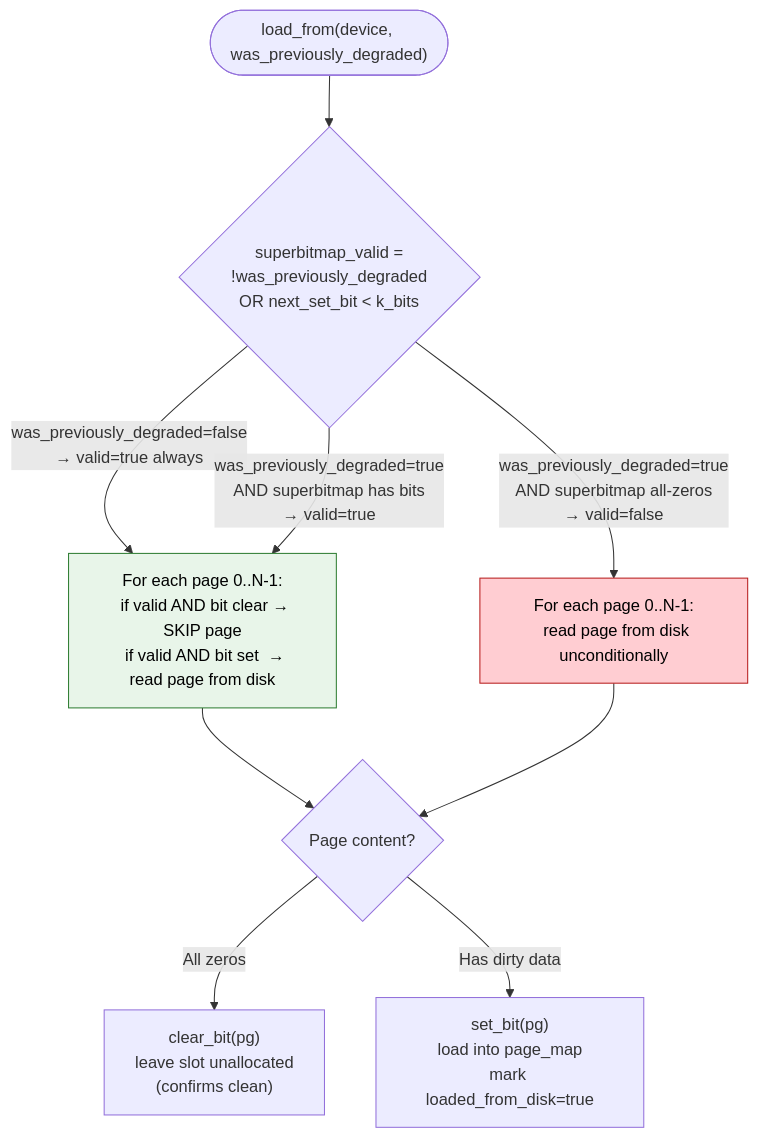
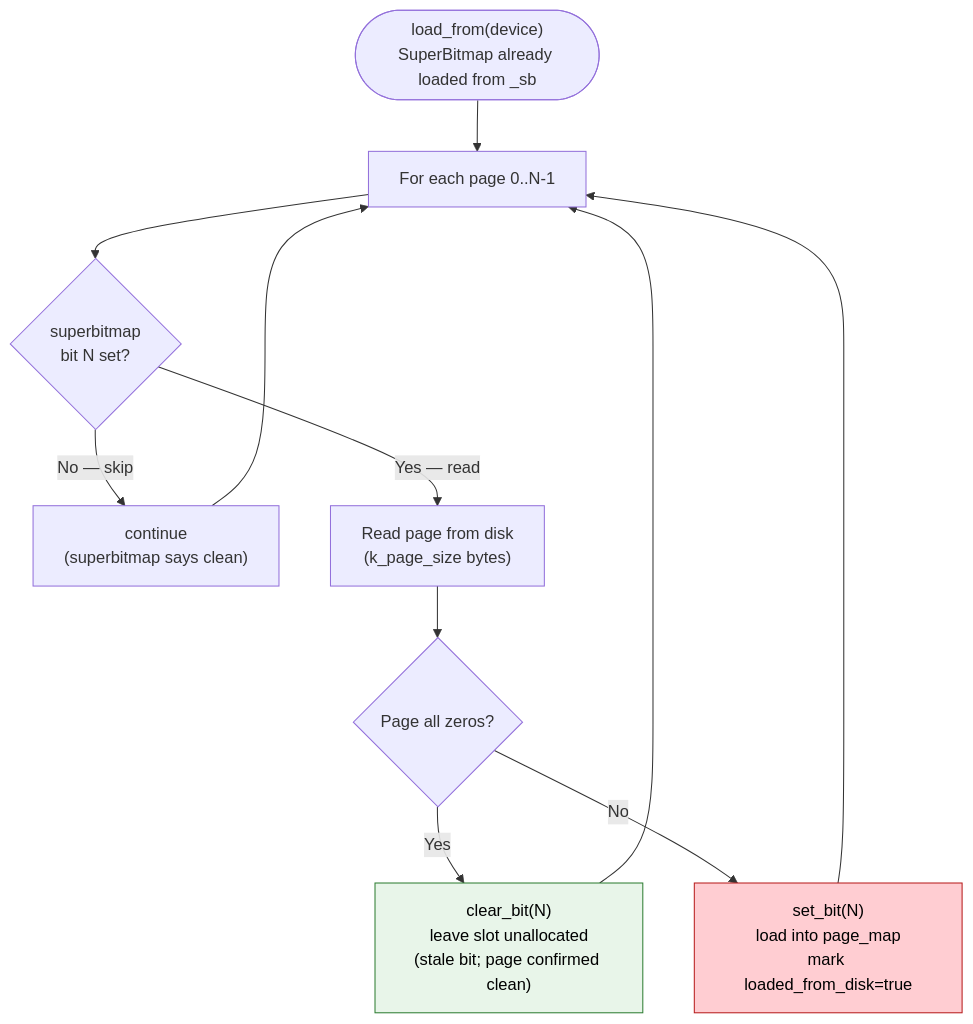
Before and after one commit to szmyd/ublkpp: the fifth of 10 diagrams in docs/raid1/startup_cases.md, drawn with Mermaid. The commit also changed other lines of this file and 1 other file, not shown here.

````diff
--- a/docs/raid1/startup_cases.md
+++ b/docs/raid1/startup_cases.md
@@ -179,20 +197,16 @@
 ```mermaid
 flowchart TD
-    LF(["load_from(device, was_previously_degraded)"]) --> VALID{"superbitmap_valid =\n!was_previously_degraded\nOR next_set_bit < k_bits"}
+    LF(["load_from(device)\nSuperBitmap already loaded from _sb"]) --> LOOP["For each page 0..N-1"]
+    LOOP --> CHECK{"superbitmap\nbit N set?"}
+    CHECK -->|"No — skip"| SKIP["continue\n(superbitmap says clean)"]
+    CHECK -->|"Yes — read"| READ["Read page from disk\n(k_page_size bytes)"]
+    READ --> ZEROS{"Page all zeros?"}
+    ZEROS -->|Yes| CLEAR["clear_bit(N)\nleave slot unallocated\n(stale bit; page confirmed clean)"]
+    ZEROS -->|No| SETBIT["set_bit(N)\nload into page_map\nmark loaded_from_disk=true"]
+    SKIP --> LOOP
+    CLEAR --> LOOP
+    SETBIT --> LOOP
 
-    VALID -->|"was_previously_degraded=false\n→ valid=true always"| HEALTHY_LOOP
-
-    VALID -->|"was_previously_degraded=true\nAND superbitmap all-zeros\n→ valid=false"| FULL_LOOP
-
-    VALID -->|"was_previously_degraded=true\nAND superbitmap has bits\n→ valid=true"| HEALTHY_LOOP
-
-    HEALTHY_LOOP["For each page 0..N-1:\n  if valid AND bit clear → SKIP page\n  if valid AND bit set  → read page from disk"] --> PAGE_CHECK
-
-    FULL_LOOP["For each page 0..N-1:\n  read page from disk unconditionally"] --> PAGE_CHECK
-
-    PAGE_CHECK{"Page content?"} -->|"All zeros"| CLEAR["clear_bit(pg)\nleave slot unallocated\n(confirms clean)"]
-    PAGE_CHECK -->|"Has dirty data"| DIRTY["set_bit(pg)\nload into page_map\nmark loaded_from_disk=true"]
-
-    style FULL_LOOP fill:#ffcdd2,stroke:#b71c1c,color:#000000
-    style HEALTHY_LOOP fill:#e8f5e9,stroke:#2e7d32,color:#000000
+    style CLEAR fill:#e8f5e9,stroke:#2e7d32,color:#000000
+    style SETBIT fill:#ffcdd2,stroke:#b71c1c,color:#000000
 ```
````
